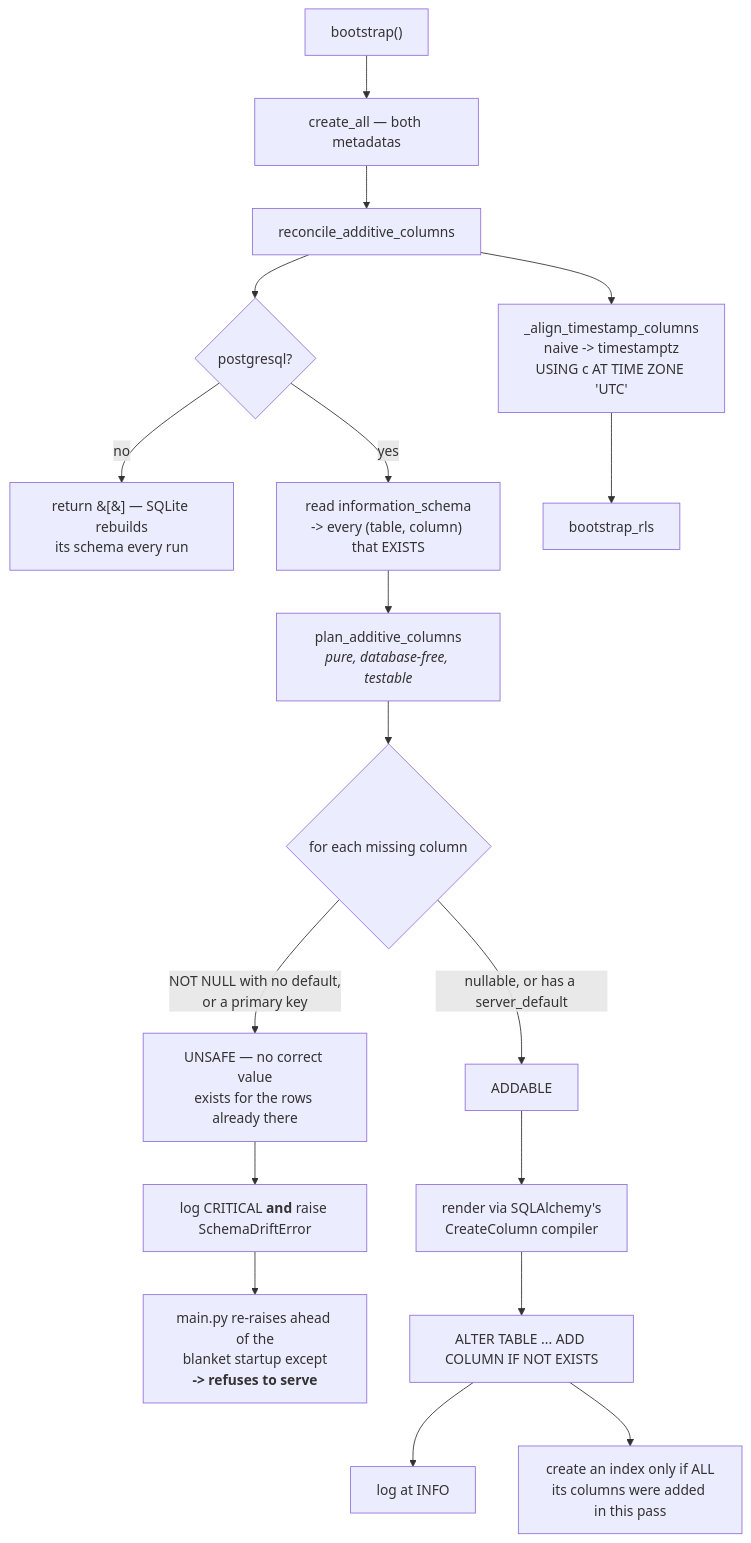
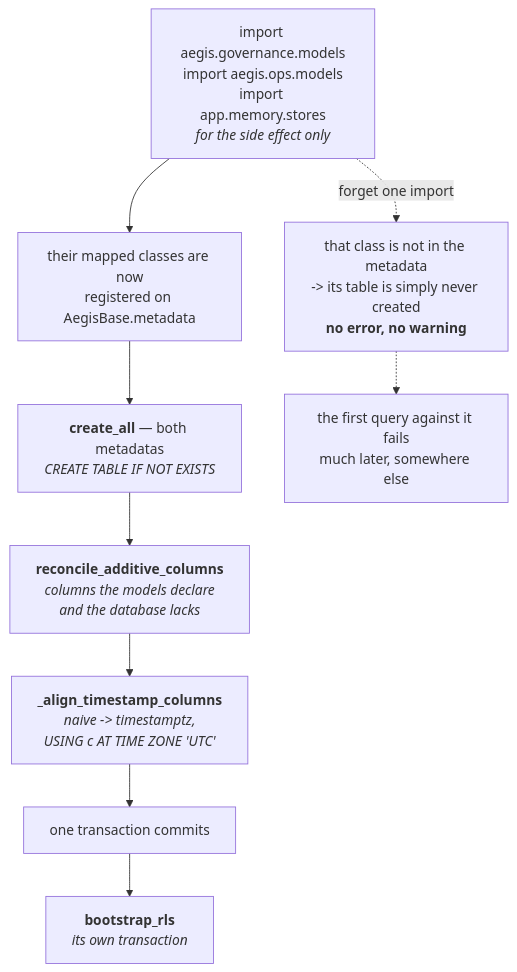
The third of 5 diagrams in docs/teaching/data/40-diagrams.md (yrevash/aegis), drawn with Mermaid before and after one commit. The commit also changed other lines of this file and 111 other files, not shown here.

````diff
--- a/docs/teaching/data/40-diagrams.md
+++ b/docs/teaching/data/40-diagrams.md
@@ -138,26 +88,14 @@
 ```mermaid
 flowchart TB
-    B["bootstrap()"] --> CA["create_all — both metadatas"]
-    CA --> REC["reconcile_additive_columns"]
+    IMP["import aegis.governance.models<br/>import aegis.ops.models<br/>import app.memory.stores<br/><i>for the side effect only</i>"]
+    IMP --> META["their mapped classes are now<br/>registered on AegisBase.metadata"]
 
-    REC --> D{"postgresql?"}
-    D -->|no| SKIP["return &#91;&#93; — SQLite rebuilds<br/>its schema every run"]
+    META --> CA["<b>create_all</b> — both metadatas<br/><i>CREATE TABLE IF NOT EXISTS</i>"]
+    CA --> REC["<b>reconcile_additive_columns</b><br/><i>columns the models declare<br/>and the database lacks</i>"]
+    REC --> AL["<b>_align_timestamp_columns</b><br/><i>naive -> timestamptz,<br/>USING c AT TIME ZONE 'UTC'</i>"]
+    AL --> COMMIT["one transaction commits"]
+    COMMIT --> RLS["<b>bootstrap_rls</b><br/><i>its own transaction</i>"]
 
-    D -->|yes| READ["read information_schema<br/>-> every (table, column) that EXISTS"]
-    READ --> PLAN["plan_additive_columns<br/><i>pure, database-free, testable</i>"]
-
-    PLAN --> SPLIT{"for each missing column"}
-    SPLIT -->|"nullable, or has a server_default"| SAFE["ADDABLE"]
-    SPLIT -->|"NOT NULL with no default,<br/>or a primary key"| UNSAFE["UNSAFE — no correct value<br/>exists for the rows already there"]
-
-    UNSAFE --> RAISE["log CRITICAL <b>and</b> raise SchemaDriftError"]
-    RAISE --> MAIN["main.py re-raises ahead of the<br/>blanket startup except<br/><b>-> refuses to serve</b>"]
-
-    SAFE --> DDL["render via SQLAlchemy's<br/>CreateColumn compiler"]
-    DDL --> ALTER["ALTER TABLE ... ADD COLUMN IF NOT EXISTS"]
-    ALTER --> LOG["log at INFO"]
-    ALTER --> IDX["create an index only if ALL<br/>its columns were added in this pass"]
-
-    REC --> ALIGN["_align_timestamp_columns<br/>naive -> timestamptz<br/>USING c AT TIME ZONE 'UTC'"]
-    ALIGN --> RLS["bootstrap_rls"]
+    IMP -.->|"forget one import"| MISS["that class is not in the metadata<br/>-> its table is simply never created<br/><b>no error, no warning</b>"]
+    MISS -.-> LATE["the first query against it fails<br/>much later, somewhere else"]
 ```
````
